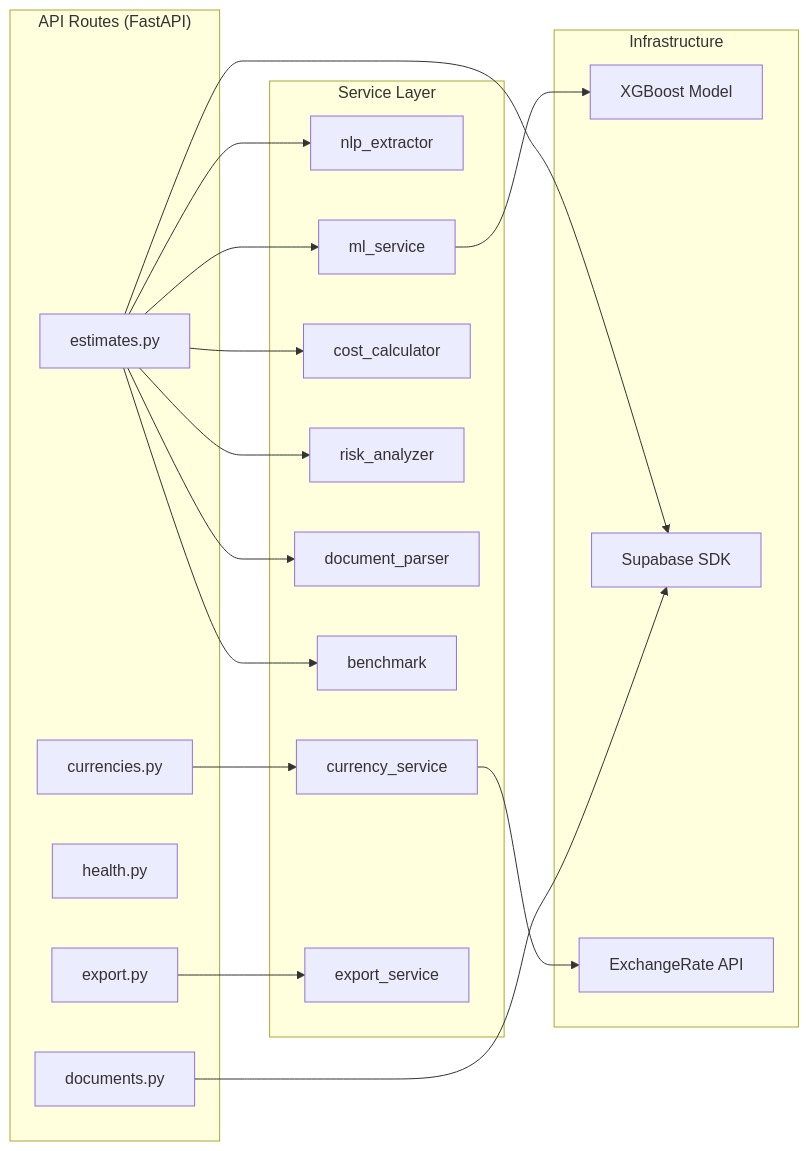
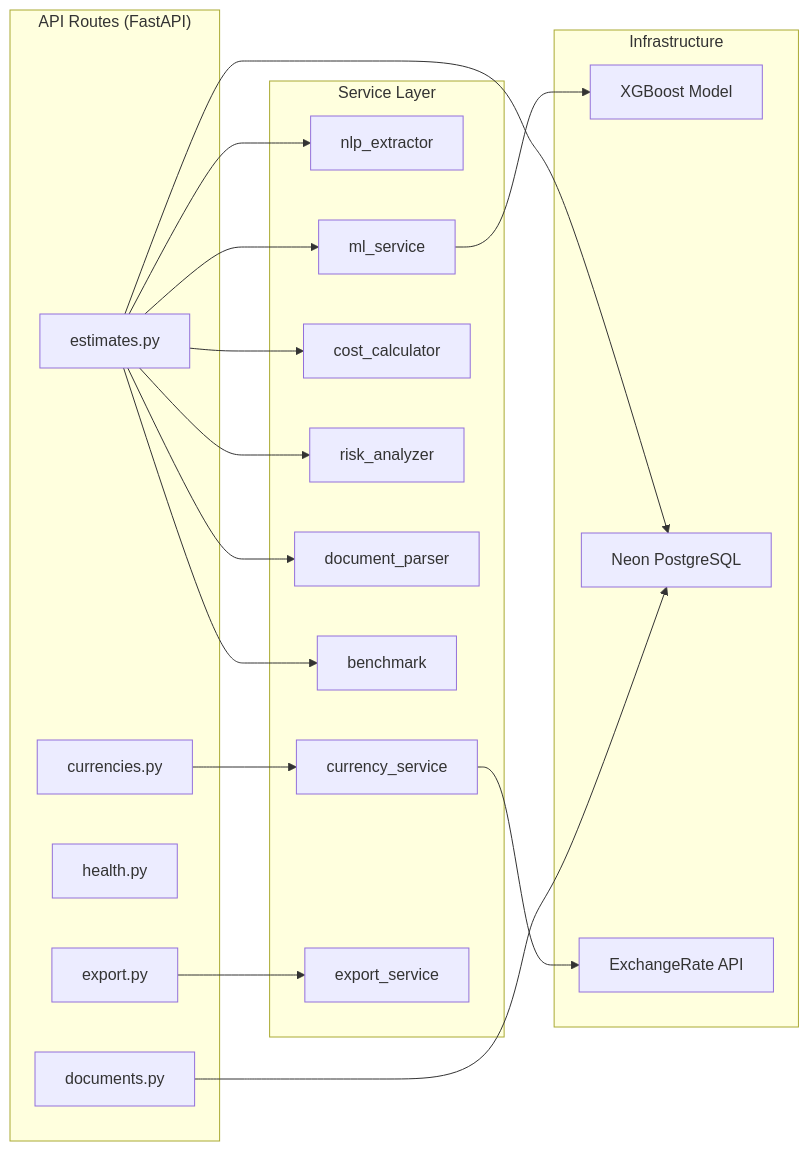
One commit to AtharvS7/PredictIQ changed the sixth of 15 diagrams in docs/walkthrough.md. Above: the diagram before and after it, drawn with Mermaid. The commit also changed other lines of this file, not shown here.

First line of the commit message:
docs: update walkthrough v3.0.0 — Firebase Auth + Neon PostgreSQL migration

````diff
--- a/docs/walkthrough.md
+++ b/docs/walkthrough.md
@@ -664,35 +649,35 @@
 ```mermaid
 graph LR
     subgraph ROUTES["API Routes (FastAPI)"]
         R1["estimates.py"]
         R2["documents.py"]
         R3["health.py"]
         R4["currencies.py"]
         R5["export.py"]
     end
 
     subgraph SERVICES["Service Layer"]
         S1["nlp_extractor"]
         S2["ml_service"]
         S3["cost_calculator"]
         S4["risk_analyzer"]
         S5["document_parser"]
         S6["benchmark"]
         S7["currency_service"]
         S8["export_service"]
     end
 
     subgraph INFRA["Infrastructure"]
         I1["XGBoost Model"]
-        I2["Supabase SDK"]
+        I2["Neon PostgreSQL"]
         I3["ExchangeRate API"]
     end
 
     R1 --> S1 & S2 & S3 & S4 & S5
     R1 --> S6
     R4 --> S7
     R5 --> S8
     S2 --> I1
     R1 & R2 --> I2
     S7 --> I3
 ```
````
